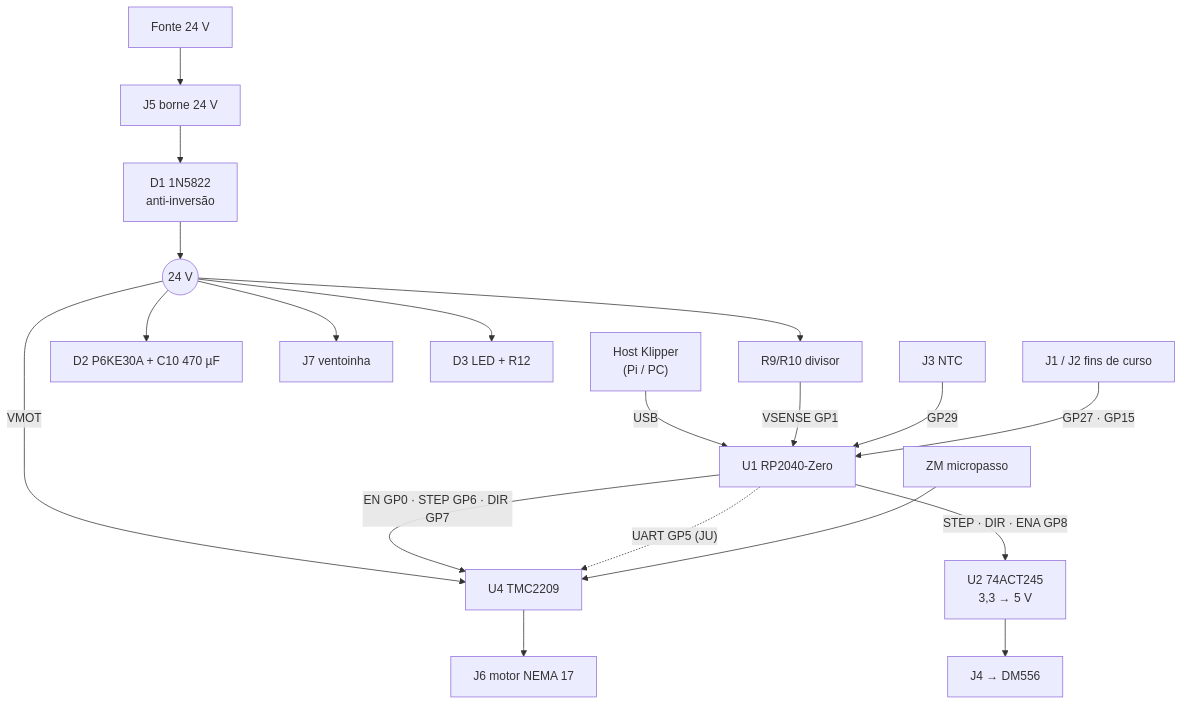
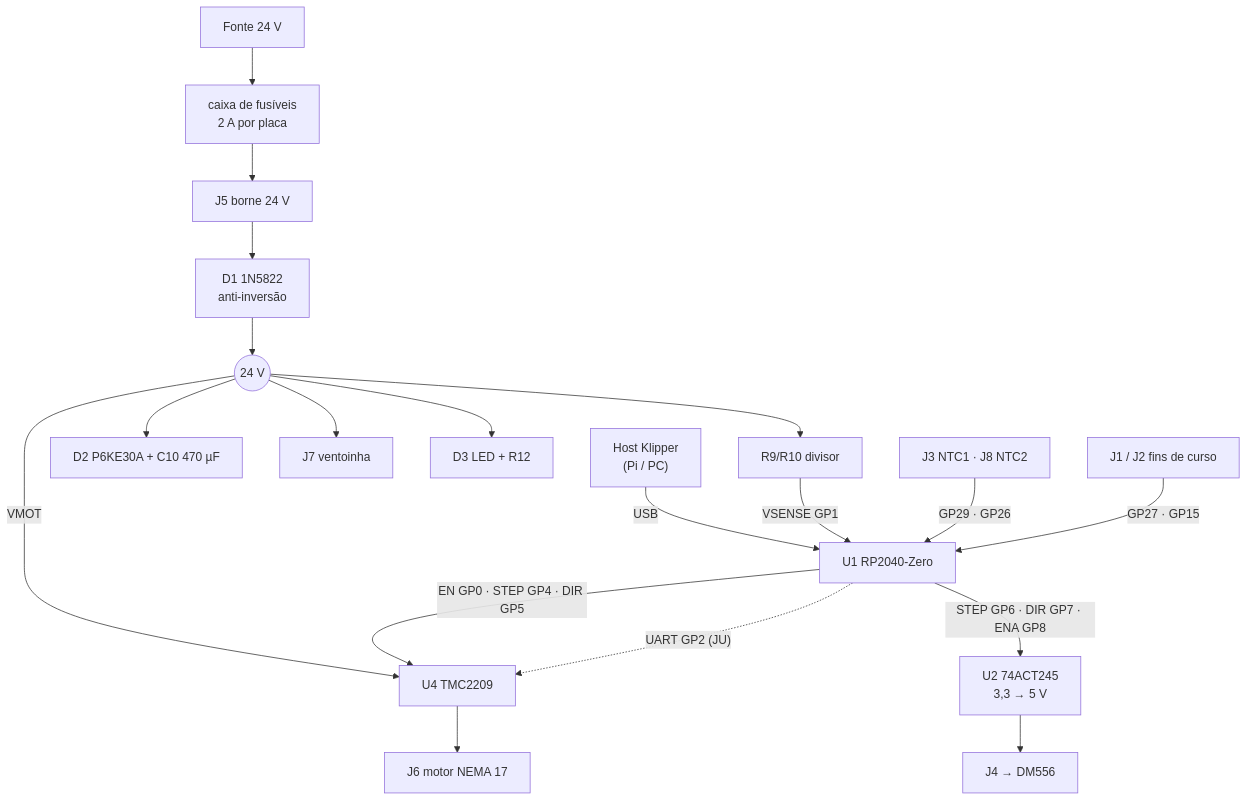
Before and after one commit to DanielMTorres7/scaranode: the diagram in docs/01-visao-geral.md, drawn with Mermaid. The commit also changed other lines of this file and 82 other files, not shown here.

````diff
--- a/docs/01-visao-geral.md
+++ b/docs/01-visao-geral.md
@@ -40,17 +40,16 @@
 ```mermaid
 flowchart TB
     HOST["Host Klipper<br/>(Pi / PC)"] -- USB --> RP["U1 RP2040-Zero"]
-    PSU["Fonte 24 V"] --> J5["J5 borne 24 V"] --> D1["D1 1N5822<br/>anti-inversão"] --> BUS(("24 V"))
+    PSU["Fonte 24 V"] --> FUS["caixa de fusíveis<br/>2 A por placa"] --> J5["J5 borne 24 V"] --> D1["D1 1N5822<br/>anti-inversão"] --> BUS(("24 V"))
     BUS --> TVS["D2 P6KE30A + C10 470 µF"]
     BUS --> FAN["J7 ventoinha"]
     BUS --> LED["D3 LED + R12"]
     BUS --> DIV["R9/R10 divisor"] -- "VSENSE GP1" --> RP
     BUS -- VMOT --> TMC["U4 TMC2209"]
-    RP -- "EN GP0 · STEP GP6 · DIR GP7" --> TMC
-    RP -. "UART GP5 (JU)" .-> TMC
-    ZM["ZM micropasso"] --> TMC
+    RP -- "EN GP0 · STEP GP4 · DIR GP5" --> TMC
+    RP -. "UART GP2 (JU)" .-> TMC
     TMC --> J6["J6 motor NEMA 17"]
-    RP -- "STEP · DIR · ENA GP8" --> BUF["U2 74ACT245<br/>3,3 → 5 V"] --> J4["J4 → DM556"]
-    NTC["J3 NTC"] -- GP29 --> RP
+    RP -- "STEP GP6 · DIR GP7 · ENA GP8" --> BUF["U2 74ACT245<br/>3,3 → 5 V"] --> J4["J4 → DM556"]
+    NTC["J3 NTC1 · J8 NTC2"] -- "GP29 · GP26" --> RP
     SW["J1 / J2 fins de curso"] -- "GP27 · GP15" --> RP
 ```
````
